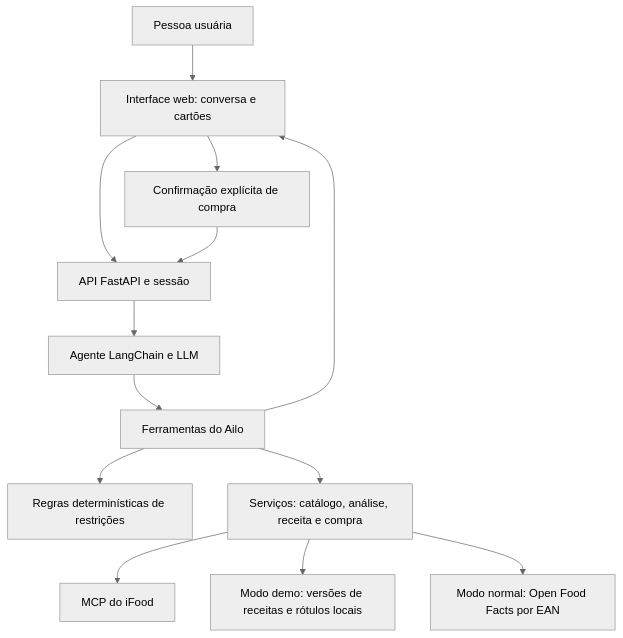
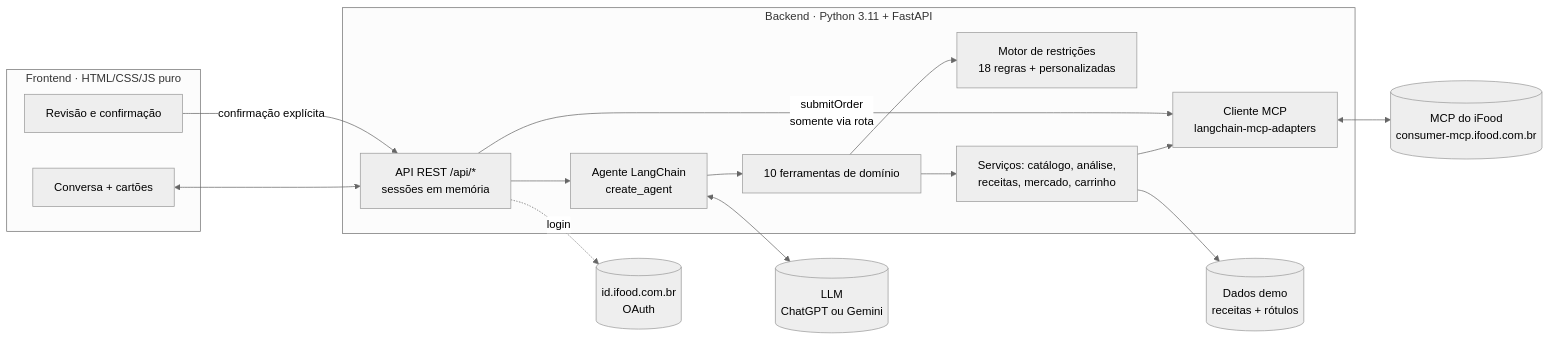
Before and after one commit to ginoventa/hackathon-ifood: the second of 2 diagrams in README.md, drawn with Mermaid (neutral theme). The commit also changed other lines of this file, not shown here.

````diff
--- a/README.md
+++ b/README.md
@@ -80,15 +185,34 @@
 ```mermaid
-flowchart TD
-    U[Pessoa usuária] --> UI[Interface web: conversa e cartões]
-    UI --> API[API FastAPI e sessão]
-    API --> A[Agente LangChain e LLM]
-    A --> T[Ferramentas do Ailo]
-    T --> R[Regras determinísticas de restrições]
-    T --> S[Serviços: catálogo, análise, receita e compra]
-    S --> MCP[MCP do iFood]
-    S --> D[Modo demo: versões de receitas e rótulos locais]
-    S --> OFF[Modo normal: Open Food Facts por EAN]
-    T --> UI
-    UI --> C[Confirmação explícita de compra]
-    C --> API
+flowchart LR
+    subgraph Front["Frontend · HTML/CSS/JS puro"]
+        UI[Conversa + cartões]
+        CO[Revisão e confirmação]
+    end
+
+    subgraph Back["Backend · Python 3.11 + FastAPI"]
+        API[API REST /api/*<br/>sessões em memória]
+        AG[Agente LangChain<br/>create_agent]
+        TL[10 ferramentas de domínio]
+        RU[Motor de restrições<br/>18 regras + personalizadas]
+        SV[Serviços: catálogo, análise,<br/>receitas, mercado, carrinho]
+        CL[Cliente MCP<br/>langchain-mcp-adapters]
+    end
+
+    LLM[(LLM<br/>ChatGPT ou Gemini)]
+    MCP[(MCP do iFood<br/>consumer-mcp.ifood.com.br)]
+    ID[(id.ifood.com.br<br/>OAuth)]
+    DD[(Dados demo<br/>receitas + rótulos)]
+
+    UI <--> API
+    CO -- confirmação explícita --> API
+    API --> AG
+    AG <--> LLM
+    AG --> TL
+    TL --> RU
+    TL --> SV
+    SV --> CL
+    SV --> DD
+    CL <--> MCP
+    API -. login .-> ID
+    API -- "submitOrder<br/>somente via rota" --> CL
 ```
````
